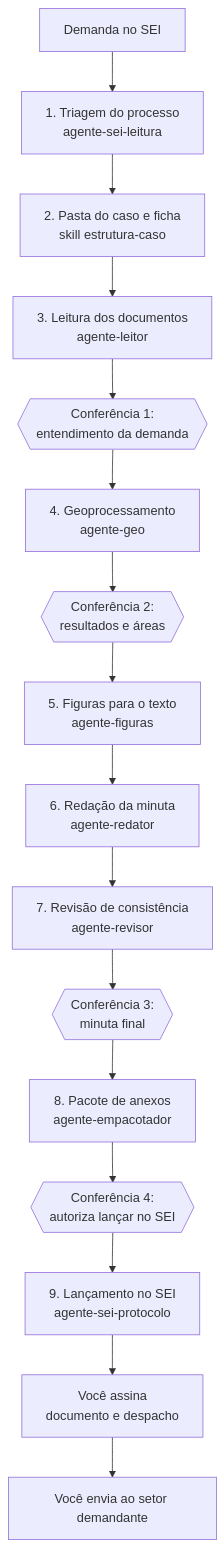
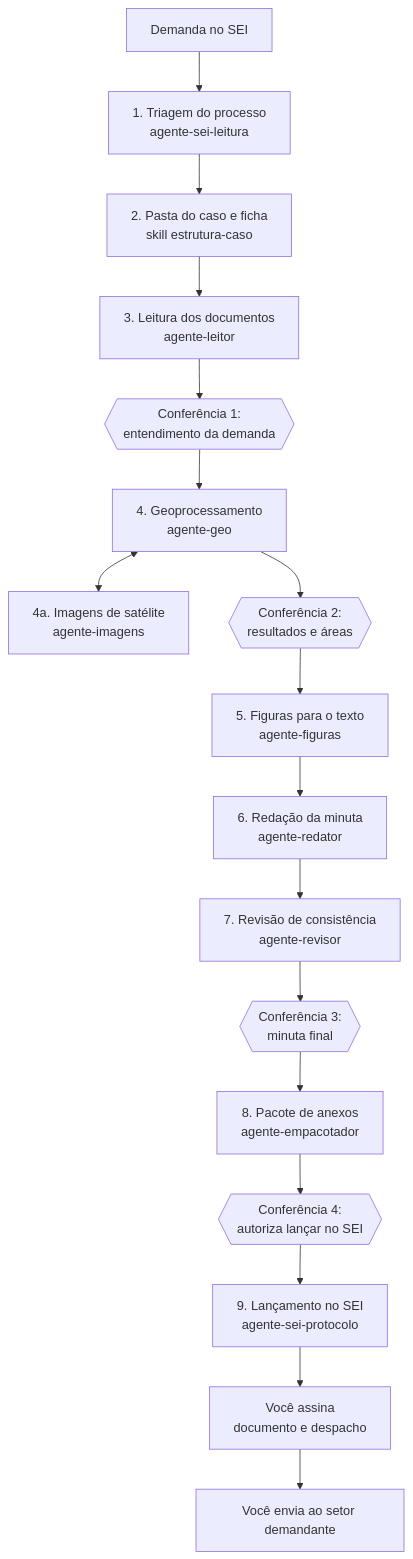
Before and after one commit to antoniozildomarpa/antoniozildomarpa: the diagram in geoprocessamento/automacao-sei/PLANO.md, drawn with Mermaid. The commit also changed other lines of this file and 6 other files, not shown here.

First line of the commit message:
Agente de imagens de satélite (agente-imagens) no fluxo do caso

````diff
--- a/geoprocessamento/automacao-sei/PLANO.md
+++ b/geoprocessamento/automacao-sei/PLANO.md
@@ -19,18 +19,19 @@
 ```mermaid
 flowchart TD
     A[Demanda no SEI] --> B[1. Triagem do processo<br/>agente-sei-leitura]
     B --> C[2. Pasta do caso e ficha<br/>skill estrutura-caso]
     C --> D[3. Leitura dos documentos<br/>agente-leitor]
     D --> G1{{Conferência 1:<br/>entendimento da demanda}}
     G1 --> E[4. Geoprocessamento<br/>agente-geo]
+    E <--> E2[4a. Imagens de satélite<br/>agente-imagens]
     E --> G2{{Conferência 2:<br/>resultados e áreas}}
     G2 --> F[5. Figuras para o texto<br/>agente-figuras]
     F --> H[6. Redação da minuta<br/>agente-redator]
     H --> I[7. Revisão de consistência<br/>agente-revisor]
     I --> G3{{Conferência 3:<br/>minuta final}}
     G3 --> J[8. Pacote de anexos<br/>agente-empacotador]
     J --> G4{{Conferência 4:<br/>autoriza lançar no SEI}}
     G4 --> K[9. Lançamento no SEI<br/>agente-sei-protocolo]
     K --> L[Você assina<br/>documento e despacho]
     L --> M[Você envia ao setor demandante]
 ```
````
